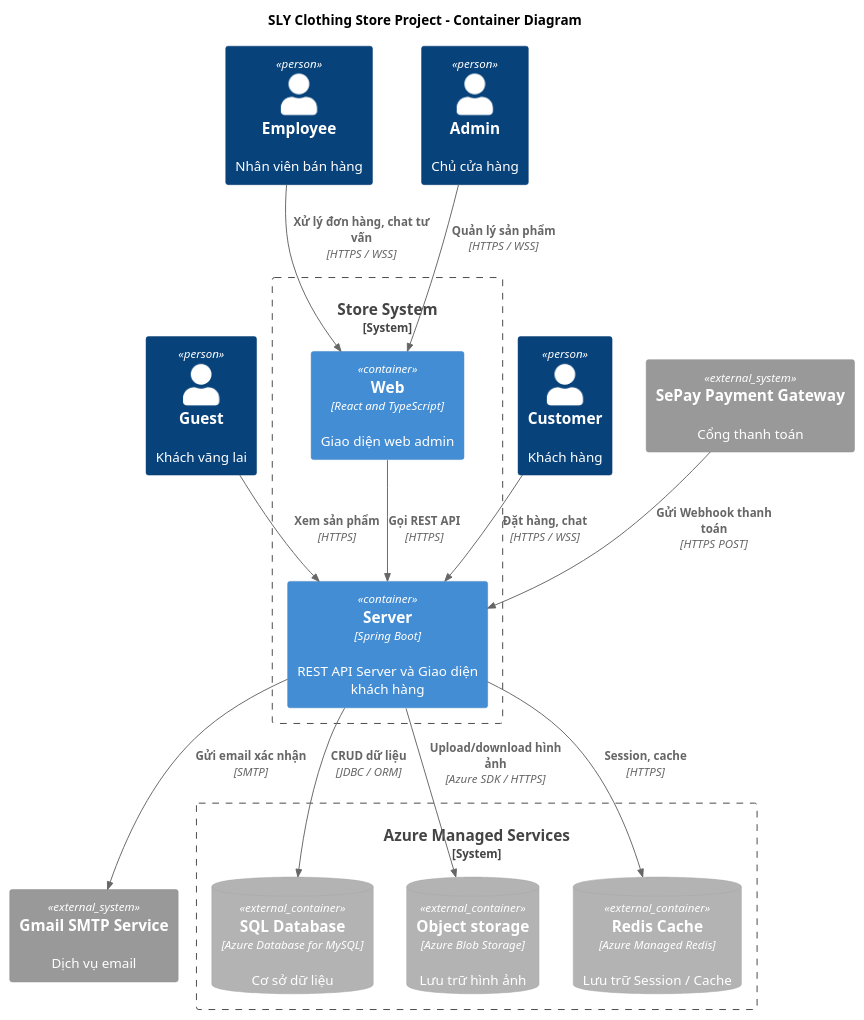
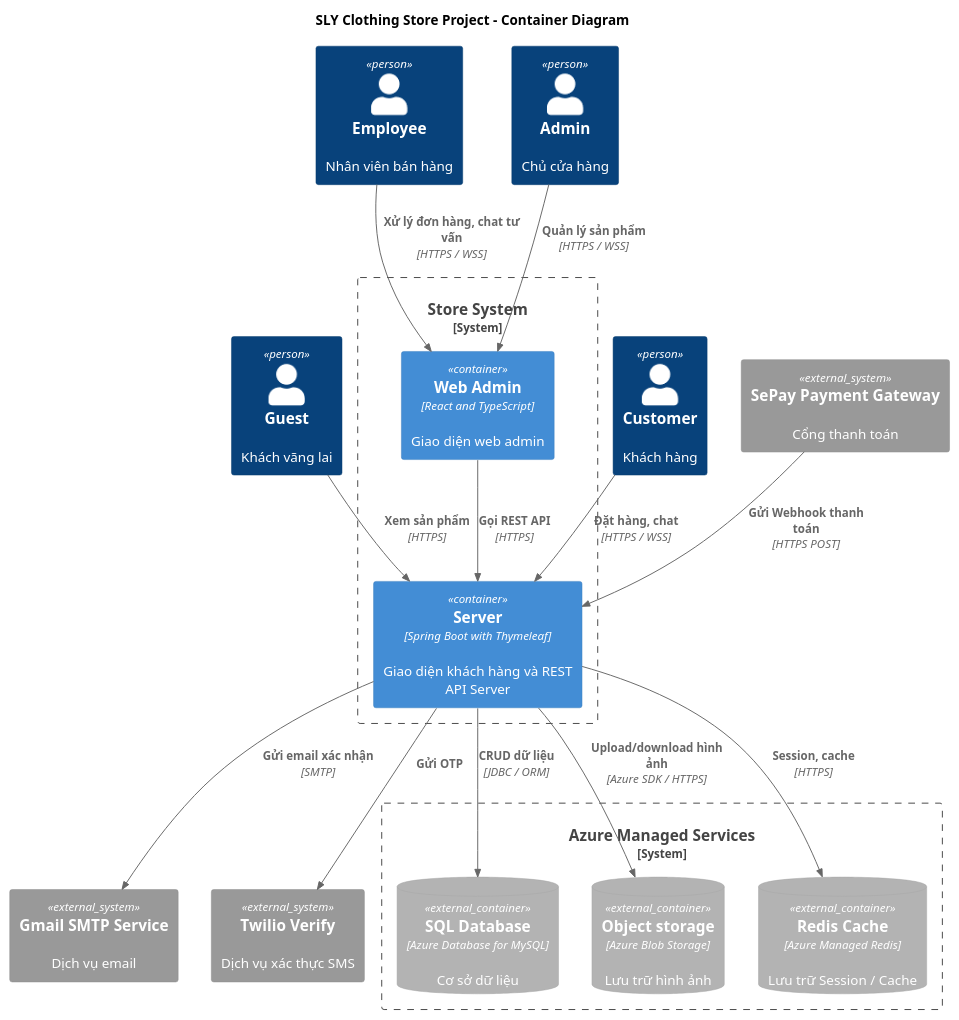
One commit to ptus04/store-project changed the diagram in docs/C4Model-Container.puml. Above: the diagram before and after it, drawn with PlantUML. The commit also changed 5 other files, not shown here.

```diff
--- a/docs/C4Model-Container.puml
+++ b/docs/C4Model-Container.puml
@@ -1,33 +1,36 @@
 @startuml
 !include <C4/C4_Container>
+
 title SLY Clothing Store Project - Container Diagram
 Person(guest, "Guest", "Khách vãng lai")
 Person(customer, "Customer", "Khách hàng")
 Person(employee, "Employee", "Nhân viên bán hàng")
 Person(admin, "Admin", "Chủ cửa hàng")
 
 System_Boundary(storeSystem, "Store System") {
-    Container(reactSPA, "Web", "React and TypeScript", "Giao diện web admin")
-    Container(springAPI, "Server", "Spring Boot", "REST API Server và Giao diện khách hàng")
+    Container(webAdmin, "Web Admin", "React and TypeScript", "Giao diện web admin")
+    Container(webCustomer, "Server", "Spring Boot with Thymeleaf", "Giao diện khách hàng và REST API Server")
 }
 
 System_Ext(sepay, "SePay Payment Gateway", "Cổng thanh toán")
 System_Ext(gmail, "Gmail SMTP Service", "Dịch vụ email")
+System_Ext(twilio, "Twilio Verify", "Dịch vụ xác thực SMS")
 
 System_Boundary(azure, "Azure Managed Services") {
     ContainerDb_Ext(azureMySQL, "SQL Database", "Azure Database for MySQL", "Cơ sở dữ liệu")
     ContainerDb_Ext(azureBlob, "Object storage", "Azure Blob Storage", "Lưu trữ hình ảnh")
     ContainerDb_Ext(azureRedis, "Redis Cache", "Azure Managed Redis", "Lưu trữ Session / Cache")
 }
 
-Rel(guest, springAPI, "Xem sản phẩm", "HTTPS")
-Rel(customer, springAPI, "Đặt hàng, chat", "HTTPS / WSS")
-Rel(employee, reactSPA, "Xử lý đơn hàng, chat tư vấn", "HTTPS / WSS")
-Rel(admin, reactSPA, "Quản lý sản phẩm", "HTTPS / WSS")
-Rel(reactSPA, springAPI, "Gọi REST API", "HTTPS")
-Rel(springAPI, azureRedis, "Session, cache", "HTTPS")
-Rel(springAPI, azureMySQL, "CRUD dữ liệu", "JDBC / ORM")
-Rel(springAPI, azureBlob, "Upload/download hình ảnh", "Azure SDK / HTTPS")
-Rel(springAPI, gmail, "Gửi email xác nhận", "SMTP")
-Rel(sepay, springAPI, "Gửi Webhook thanh toán", "HTTPS POST")
+Rel(guest, webCustomer, "Xem sản phẩm", "HTTPS")
+Rel(customer, webCustomer, "Đặt hàng, chat", "HTTPS / WSS")
+Rel(employee, webAdmin, "Xử lý đơn hàng, chat tư vấn", "HTTPS / WSS")
+Rel(admin, webAdmin, "Quản lý sản phẩm", "HTTPS / WSS")
+Rel(webAdmin, webCustomer, "Gọi REST API", "HTTPS")
+Rel(webCustomer, azureRedis, "Session, cache", "HTTPS")
+Rel(webCustomer, azureMySQL, "CRUD dữ liệu", "JDBC / ORM")
+Rel(webCustomer, azureBlob, "Upload/download hình ảnh", "Azure SDK / HTTPS")
+Rel(webCustomer, gmail, "Gửi email xác nhận", "SMTP")
+Rel(sepay, webCustomer, "Gửi Webhook thanh toán", "HTTPS POST")
+Rel(webCustomer, twilio, "Gửi OTP")
 @enduml
```
